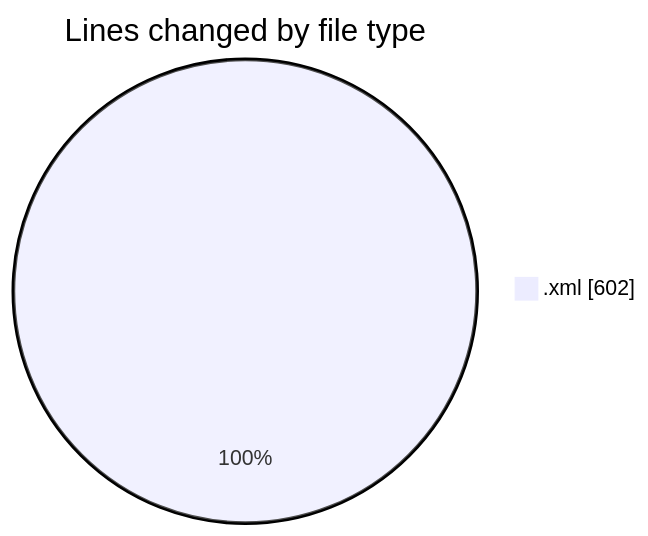
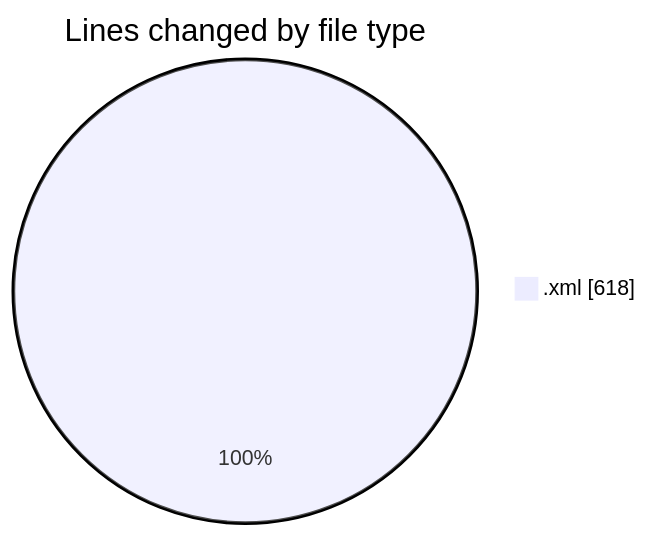
The first of 2 diagrams in 2025-10-07/data/README.md (LanceThiago/code-tracking), drawn with Mermaid before and after one commit. The commit also changed other lines of this file and 1 other file, not shown here.

````diff
--- a/2025-10-07/data/README.md
+++ b/2025-10-07/data/README.md
@@ -20,5 +20,5 @@
 ```mermaid
 pie showData
 title Lines changed by file type
-".xml" : 602
+".xml" : 618
 ```
````
